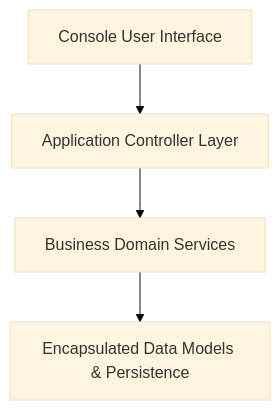
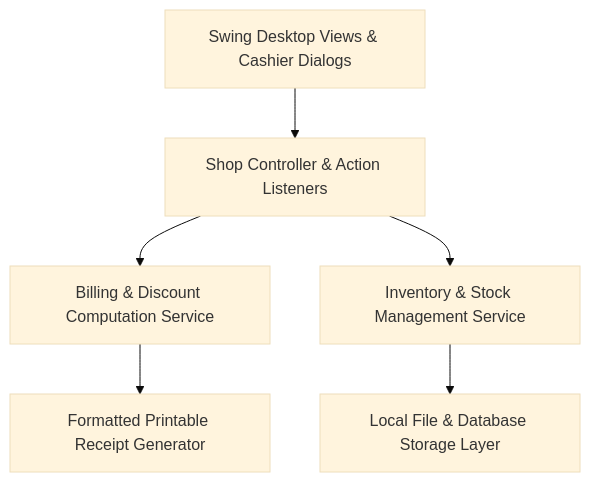
Before and after one commit to abdussatarkhan/java-projects: the diagram in README.md, drawn with Mermaid (base theme). The commit also changed other lines of this file, not shown here.

Commit message:
docs(readme): rewrite documentation for software engineering & desktop systems architecture

````diff
--- a/README.md
+++ b/README.md
@@ -22,6 +23,8 @@
 ```mermaid
 graph TD
-    CLI[Console User Interface] --> Controller[Application Controller Layer]
-    Controller --> Services[Business Domain Services]
-    Services --> Models[Encapsulated Data Models & Persistence]
+    UI[Swing Desktop Views & Cashier Dialogs] --> Controller[Shop Controller & Action Listeners]
+    Controller --> Service[Billing & Discount Computation Service]
+    Controller --> InvManager[Inventory & Stock Management Service]
+    InvManager --> Storage[Local File & Database Storage Layer]
+    Service --> Receipt[Formatted Printable Receipt Generator]
 ```
````
